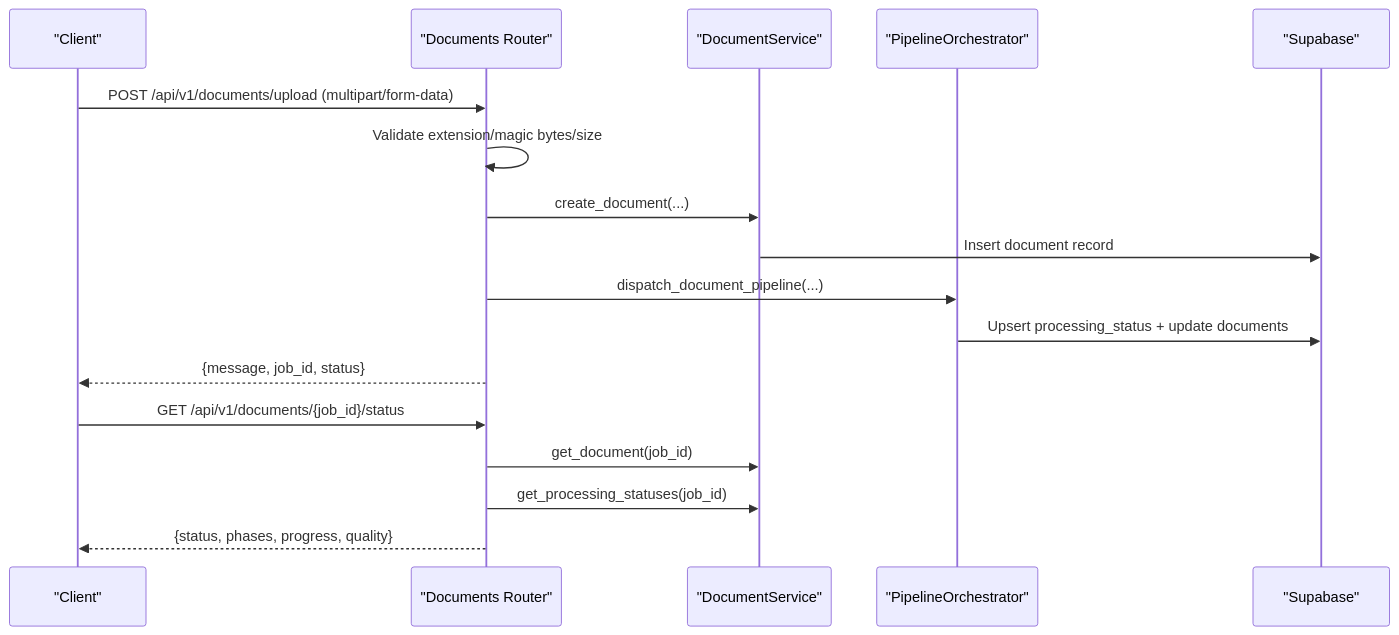
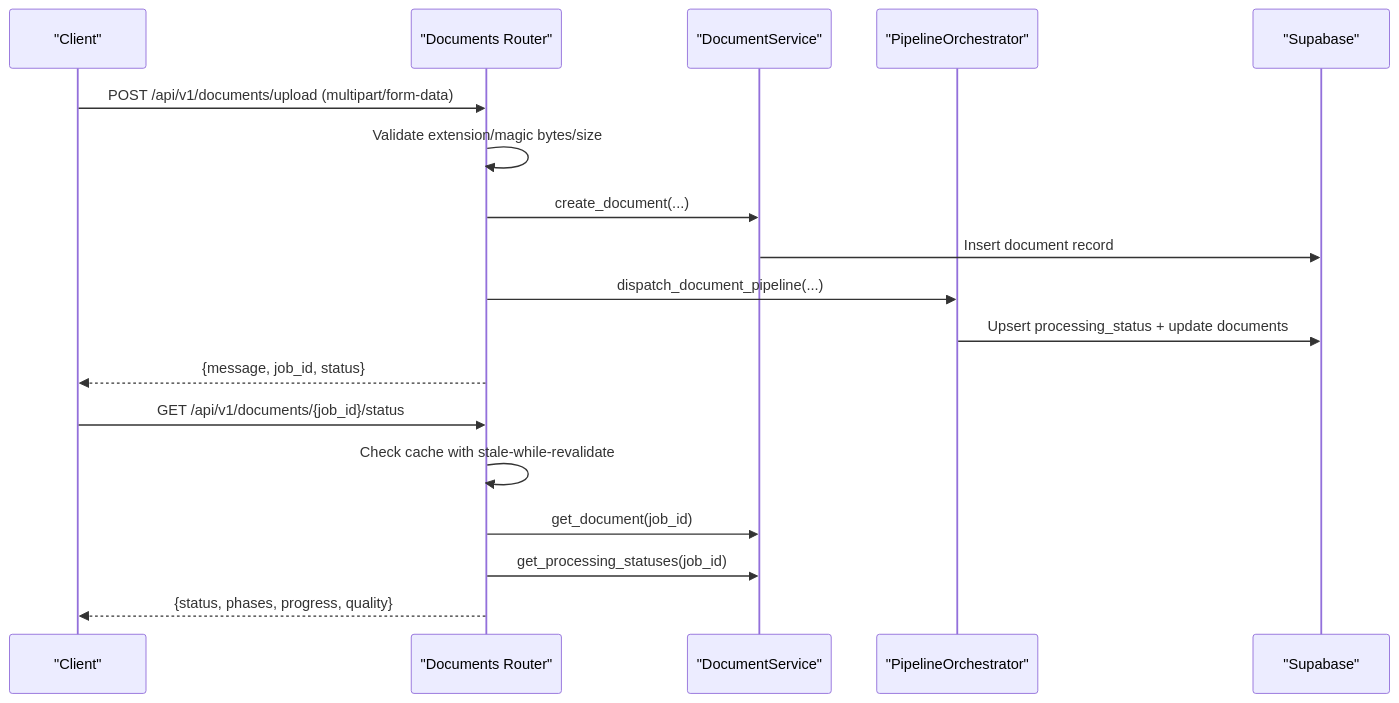
One commit to rohitkumarnaidu/-Auto-AI-Automated-Academic-Docx-Manuscript-Formatter changed the second of 4 diagrams in .qoder/repowiki/en/content/API Reference/Document Processing Endpoints.md. Above: the diagram before and after it, drawn with Mermaid. The commit also changed other lines of this file and 160 other files, not shown here.

````diff
--- a/.qoder/repowiki/en/content/API Reference/Document Processing Endpoints.md
+++ b/.qoder/repowiki/en/content/API Reference/Document Processing Endpoints.md
@@ -93,19 +105,20 @@
 ```mermaid
 sequenceDiagram
 participant C as "Client"
 participant D as "Documents Router"
 participant DS as "DocumentService"
 participant P as "PipelineOrchestrator"
 participant DB as "Supabase"
 C->>D : POST /api/v1/documents/upload (multipart/form-data)
 D->>D : Validate extension/magic bytes/size
 D->>DS : create_document(...)
 DS->>DB : Insert document record
 D->>P : dispatch_document_pipeline(...)
 P->>DB : Upsert processing_status + update documents
 D-->>C : {message, job_id, status}
 C->>D : GET /api/v1/documents/{job_id}/status
+D->>D : Check cache with stale-while-revalidate
 D->>DS : get_document(job_id)
 D->>DS : get_processing_statuses(job_id)
 D-->>C : {status, phases, progress, quality}
 ```
````
